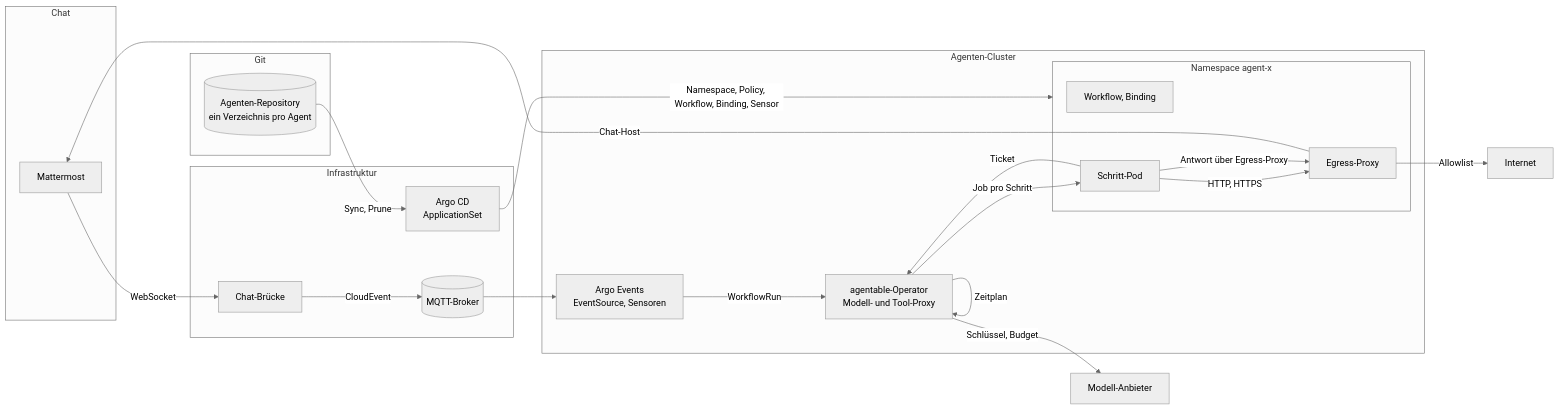
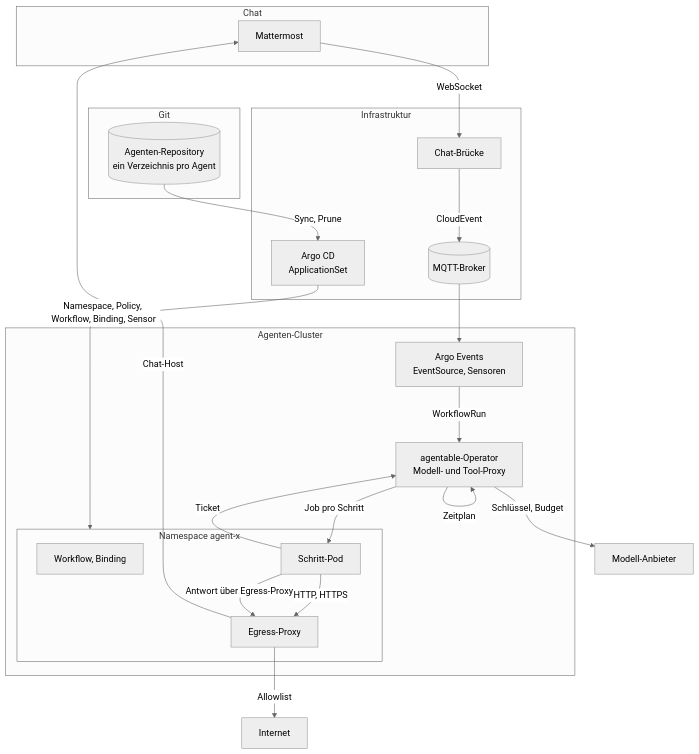
Before and after one commit to slauger/ai-agent-operations: the first of 3 diagrams in docs/01-architektur.md, drawn with Mermaid (neutral theme).

Commit message:
docs: draw the overview top to bottom so it stays readable

````diff
--- a/docs/01-architektur.md
+++ b/docs/01-architektur.md
@@ -5,37 +5,37 @@
 ```mermaid
-flowchart LR
+flowchart TB
     subgraph Git["Git"]
         AR[(Agenten-Repository<br>ein Verzeichnis pro Agent)]
     end
     subgraph Kanal["Chat"]
         MM[Mattermost]
     end
     subgraph Core["Infrastruktur"]
         ACD[Argo CD<br>ApplicationSet]
         MQ[(MQTT-Broker)]
         BR[Chat-Brücke]
     end
     subgraph Agents["Agenten-Cluster"]
         AE[Argo Events<br>EventSource, Sensoren]
         OP[agentable-Operator<br>Modell- und Tool-Proxy]
         subgraph NS["Namespace agent-x"]
             WF[Workflow, Binding]
             P1[Schritt-Pod]
             SQ[Egress-Proxy]
         end
     end
     LLM[Modell-Anbieter]
     WEB[Internet]
 
     AR -->|Sync, Prune| ACD
     ACD -->|Namespace, Policy, Workflow, Binding, Sensor| NS
     MM -->|WebSocket| BR -->|CloudEvent| MQ --> AE
     AE -->|WorkflowRun| OP
     OP -->|Job pro Schritt| P1
     P1 -->|Ticket| OP
     OP -->|Schlüssel, Budget| LLM
     P1 -->|HTTP, HTTPS| SQ -->|Allowlist| WEB
     P1 -->|Antwort über Egress-Proxy| SQ
     SQ -->|Chat-Host| MM
     OP -->|Zeitplan| OP
 ```
````
